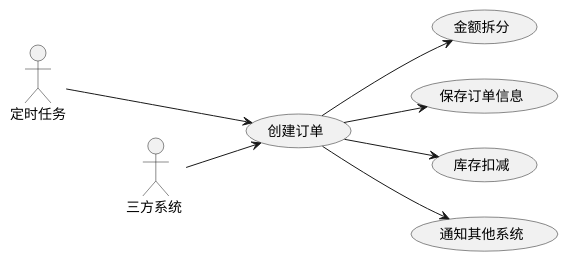
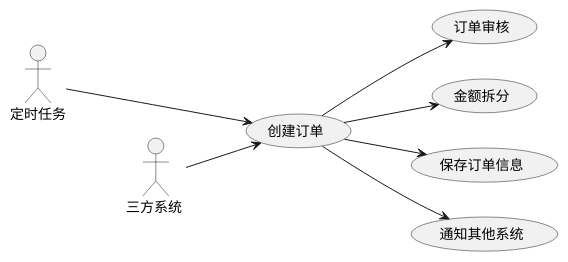
One commit to 3thinkthendoit/think-oms changed the diagram in doc/use-case/订单创建.puml. Above: the diagram before and after it, drawn with PlantUML. The commit also changed 10 other files, not shown here.

Commit message:
fix:订单介入新增审核逻辑 doc:调整部分设计图

```diff
--- a/doc/use-case/订单创建.puml
+++ b/doc/use-case/订单创建.puml
@@ -1,16 +1,16 @@
 @startuml
 'https://plantuml.com/use-case-diagram
 left to right direction
 actor  "定时任务" as Job
 actor  "三方系统 " as System
 
 (创建订单) as (CreateOrder)
 
 System --> (CreateOrder)
 Job ---> (CreateOrder)
 
+CreateOrder -->(订单审核)
 CreateOrder -->(金额拆分)
 CreateOrder -->(保存订单信息)
-CreateOrder -->(库存扣减)
 CreateOrder -->(通知其他系统)
 @enduml
```
